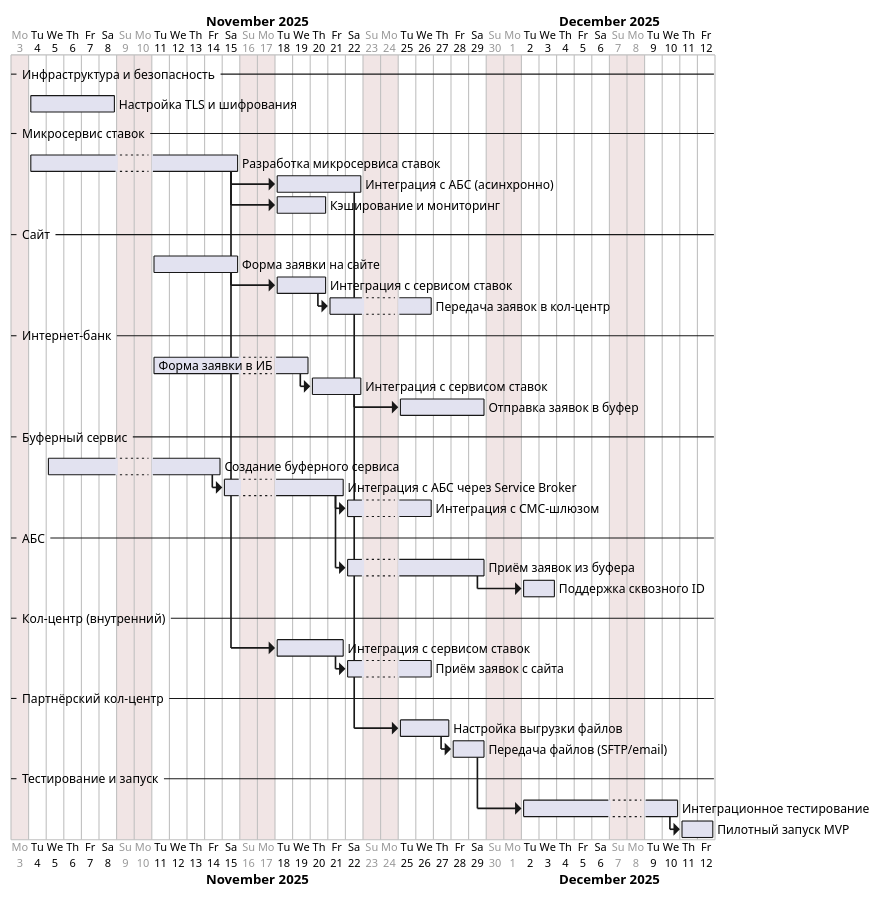
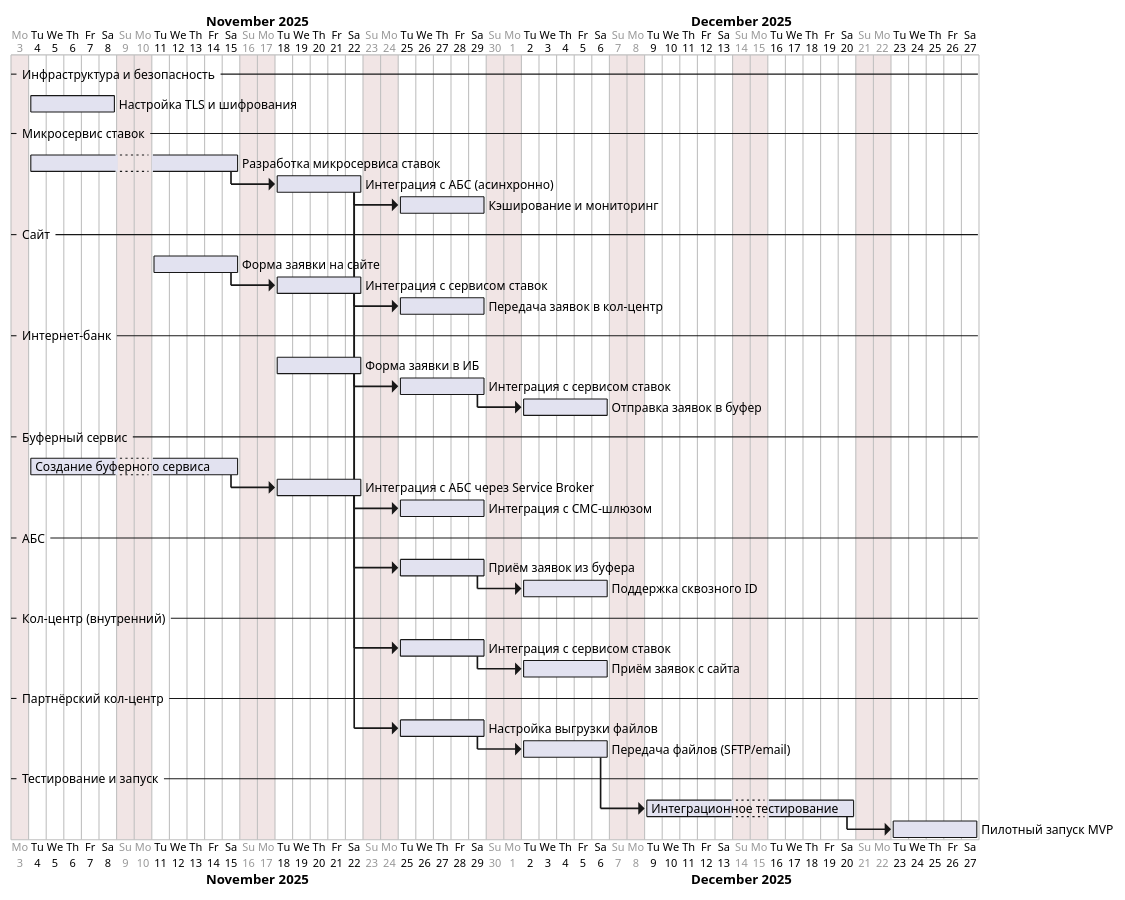
The diagram in task4/roadmap.puml (iceglen/architecture-pro-standart), drawn with PlantUML before and after one commit. The commit also changed 4 other files, not shown here.

```diff
--- a/task4/roadmap.puml
+++ b/task4/roadmap.puml
@@ -1,79 +1,79 @@
 @startgantt
 sunday are closed
 monday are closed
 
 Project starts 2025-11-03
 
 -- Инфраструктура и безопасность --
 [Настройка TLS и шифрования] as [INFRA1] lasts 5 days
 [INFRA1] starts 2025-11-03
 
 -- Микросервис ставок --
 [Разработка микросервиса ставок] as [RATES1] lasts 10 days
 [RATES1] starts 2025-11-03
 
 [Интеграция с АБС (асинхронно)] as [RATES2] lasts 5 days
 [RATES2] starts at [RATES1]'s end
 
-[Кэширование и мониторинг] as [RATES3] lasts 3 days
-[RATES3] starts at [RATES1]'s end
+[Кэширование и мониторинг] as [RATES3] lasts 5 days
+[RATES3] starts at [RATES2]'s end
 
 -- Сайт --
 [Форма заявки на сайте] as [SITE1] lasts 5 days
 [SITE1] starts 2025-11-10
 
-[Интеграция с сервисом ставок] as [SITE2] lasts 3 days
+[Интеграция с сервисом ставок] as [SITE2] lasts 5 days
 [SITE2] starts at [SITE1]'s end
 
-[Передача заявок в кол-центр] as [SITE3] lasts 4 days
+[Передача заявок в кол-центр] as [SITE3] lasts 5 days
 [SITE3] starts at [SITE2]'s end
 
 -- Интернет-банк --
-[Форма заявки в ИБ] as [IB1] lasts 7 days
-[IB1] starts 2025-11-10
+[Форма заявки в ИБ] as [IB1] lasts 5 days
+[IB1] starts 2025-11-18
 
-[Интеграция с сервисом ставок] as [IB2] lasts 3 days
+[Интеграция с сервисом ставок] as [IB2] lasts 5 days
 [IB2] starts at [IB1]'s end
 
 [Отправка заявок в буфер] as [IB3] lasts 5 days
 [IB3] starts at [IB2]'s end
 
 -- Буферный сервис --
-[Создание буферного сервиса] as [BUF1] lasts 8 days
-[BUF1] starts 2025-11-05
+[Создание буферного сервиса] as [BUF1] lasts 10 days
+[BUF1] starts 2025-11-04
 
 [Интеграция с АБС через Service Broker] as [BUF2] lasts 5 days
 [BUF2] starts at [BUF1]'s end
 
-[Интеграция с СМС-шлюзом] as [BUF3] lasts 3 days
+[Интеграция с СМС-шлюзом] as [BUF3] lasts 5 days
 [BUF3] starts at [BUF2]'s end
 
 -- АБС --
-[Приём заявок из буфера] as [ABS1] lasts 6 days
+[Приём заявок из буфера] as [ABS1] lasts 5 days
 [ABS1] starts at [BUF2]'s end
 
-[Поддержка сквозного ID] as [ABS2] lasts 2 days
+[Поддержка сквозного ID] as [ABS2] lasts 5 days
 [ABS2] starts at [ABS1]'s end
 
 -- Кол-центр (внутренний) --
-[Интеграция с сервисом ставок] as [CC1] lasts 4 days
-[CC1] starts at [RATES1]'s end
+[Интеграция с сервисом ставок] as [CC1] lasts 5 days
+[CC1] starts at [RATES2]'s end
 
-[Приём заявок с сайта] as [CC2] lasts 3 days
+[Приём заявок с сайта] as [CC2] lasts 5 days
 [CC2] starts at [CC1]'s end
 
 -- Партнёрский кол-центр --
-[Настройка выгрузки файлов] as [PART1] lasts 3 days
+[Настройка выгрузки файлов] as [PART1] lasts 5 days
 [PART1] starts at [RATES2]'s end
 
-[Передача файлов (SFTP/email)] as [PART2] lasts 2 days
+[Передача файлов (SFTP/email)] as [PART2] lasts 5 days
 [PART2] starts at [PART1]'s end
 
 -- Тестирование и запуск --
-[Интеграционное тестирование] as [TEST] lasts 7 days
+[Интеграционное тестирование] as [TEST] lasts 10 days
 [TEST] starts at [PART2]'s end
 
-[Пилотный запуск MVP] as [GO] lasts 2 days
+[Пилотный запуск MVP] as [GO] lasts 5 days
 [GO] starts at [TEST]'s end
 
 @endgantt
```
